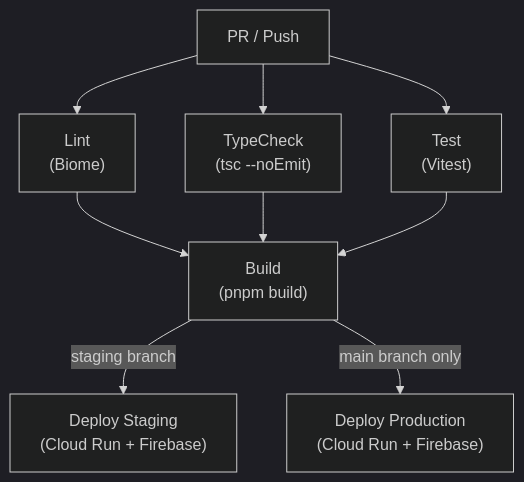
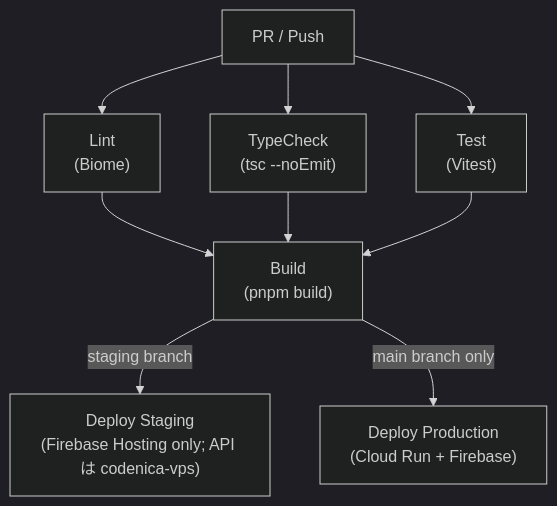
Before and after one commit to krtw00/duel-log-app: the diagram in docs/06-deployment/ci-cd.md, drawn with Mermaid (dark theme). The commit also changed other lines of this file and 3 other files, not shown here.

First line of the commit message:
chore: Cloud Run staging を削除して死亡 config を整理

````diff
--- a/docs/06-deployment/ci-cd.md
+++ b/docs/06-deployment/ci-cd.md
@@ -31,11 +31,11 @@
 ```mermaid
 flowchart TD
     trigger["PR / Push"] --> lint["Lint<br/>(Biome)"]
     trigger --> typecheck["TypeCheck<br/>(tsc --noEmit)"]
     trigger --> test["Test<br/>(Vitest)"]
     lint --> build["Build<br/>(pnpm build)"]
     typecheck --> build
     test --> build
-    build -->|staging branch| staging["Deploy Staging<br/>(Cloud Run + Firebase)"]
+    build -->|staging branch| staging["Deploy Staging<br/>(Firebase Hosting only; API は codenica-vps)"]
     build -->|main branch only| deploy["Deploy Production<br/>(Cloud Run + Firebase)"]
 ```
````
